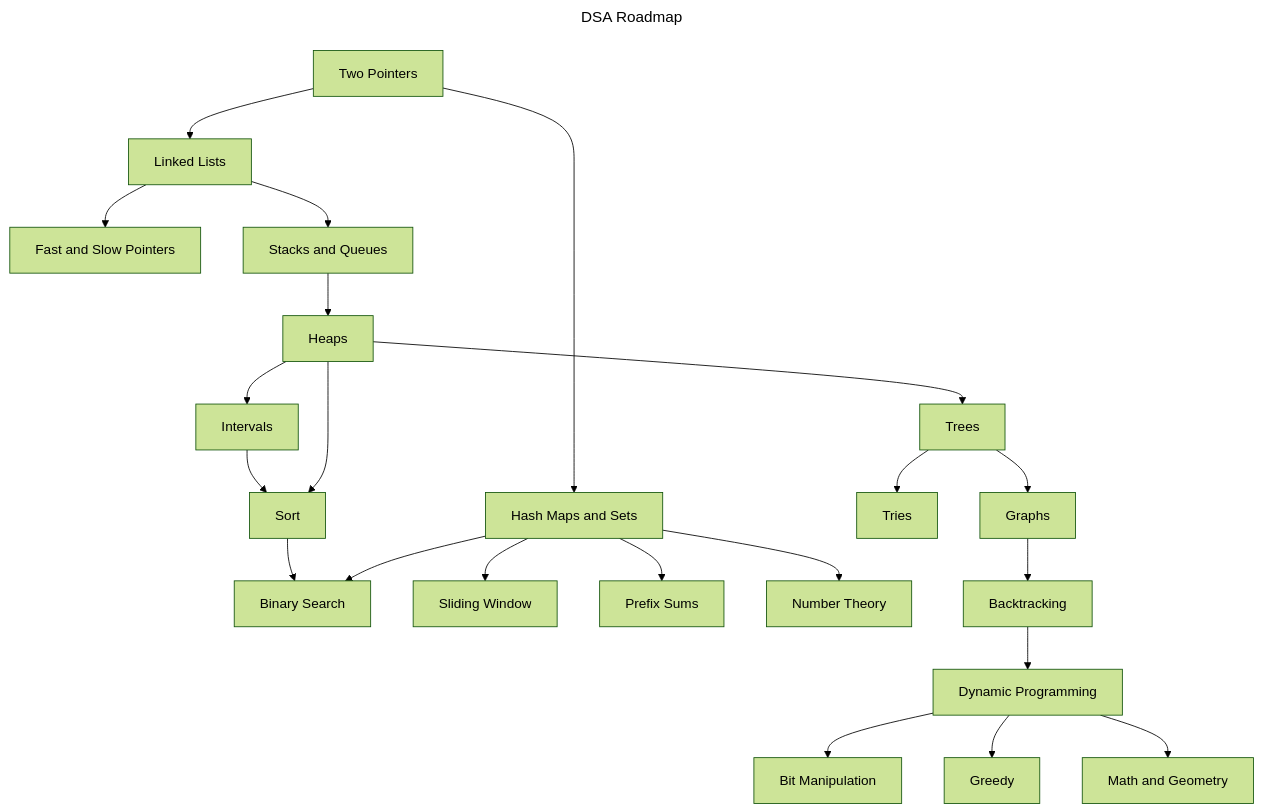
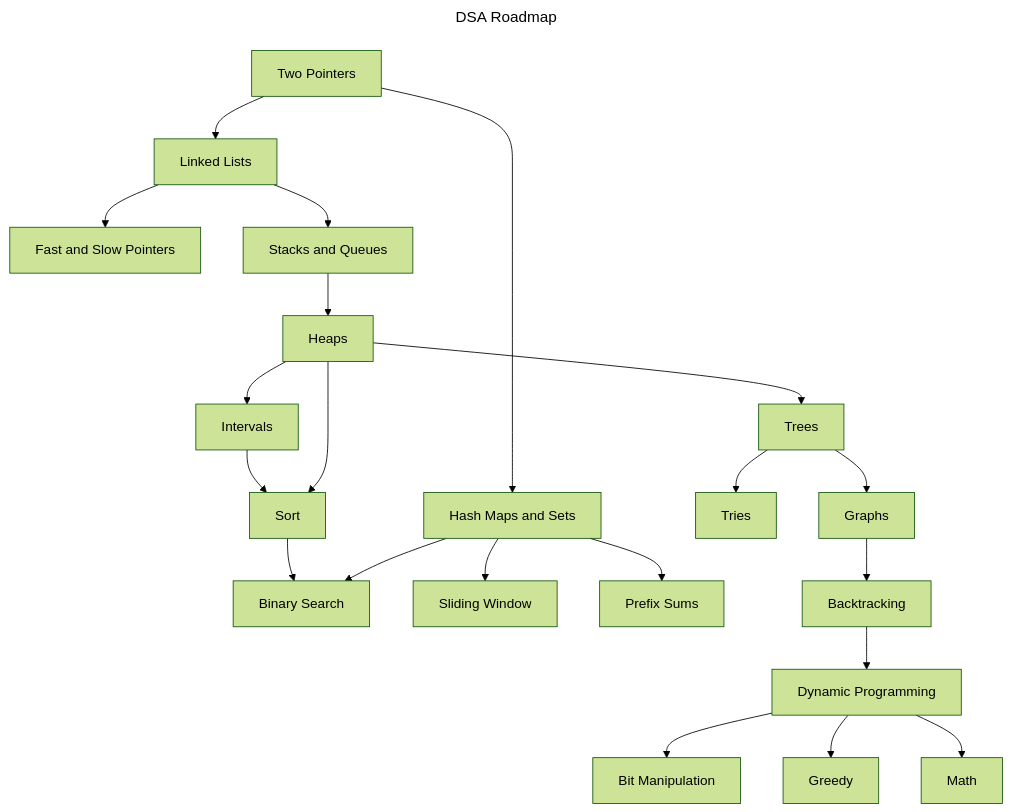
One commit to 2giosangmitom/dsa-roadmap changed the diagram in README.md. Above: the diagram before and after it, drawn with Mermaid (forest theme). The commit also changed other lines of this file, not shown here.

````diff
--- a/README.md
+++ b/README.md
@@ -7,36 +7,35 @@
 ```mermaid
 ---
 title: DSA Roadmap
 ---
 flowchart TD
     %% Basic Foundations
     A[Two Pointers] --> B[Hash Maps and Sets]
     A --> C[Linked Lists]
     B --> E[Binary Search]
     B --> F[Sliding Window]
     B --> G[Prefix Sums]
-    B --> L[Number Theory]
 
     %% Intermediate Concepts
     C --> D[Fast and Slow Pointers]
     C --> J[Stacks and Queues]
     J --> R[Heaps]
 
     %% Advanced Data Structures
     R --> T[Trees]
     R --> W[Intervals]
     R --> Q[Sort]
     T --> U[Tries]
     T --> X[Graphs]
     X --> Y[Backtracking]
 
     %% Problem-Solving Techniques
     Y --> K[Dynamic Programming]
     K --> O[Bit Manipulation]
     K --> V[Greedy]
-    K --> M[Math and Geometry]
+    K --> M[Math]
 
     %% Additional Paths
     W --> Q
     Q --> E
 ```
````
